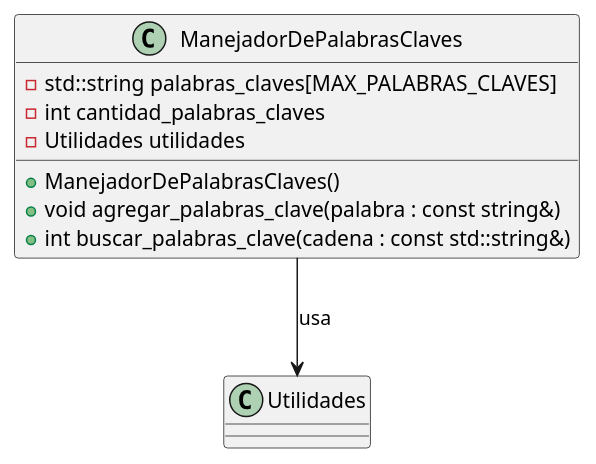
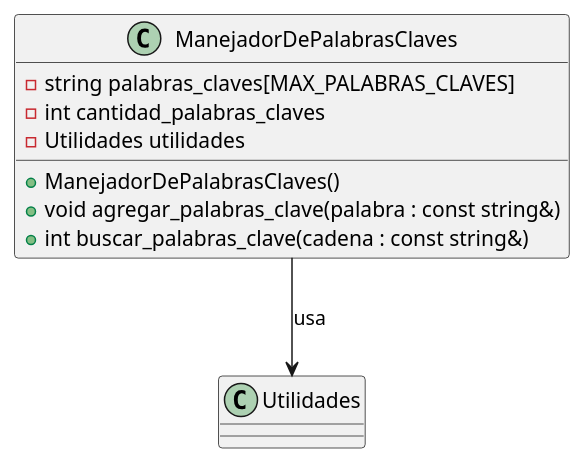
Before and after one commit to guillsil/Transformers-Game: the diagram in Diagramas-UML/ManejadorDePalabrasClaves.puml, drawn with PlantUML. The commit also changed 6 other files, not shown here.

```diff
--- a/Diagramas-UML/ManejadorDePalabrasClaves.puml
+++ b/Diagramas-UML/ManejadorDePalabrasClaves.puml
@@ -1,19 +1,19 @@
 @startuml
 'https://plantuml.com/class-diagram
 
 class Utilidades
 
 class ManejadorDePalabrasClaves {
-    - std::string palabras_claves[MAX_PALABRAS_CLAVES]
+    - string palabras_claves[MAX_PALABRAS_CLAVES]
     - int cantidad_palabras_claves
     - Utilidades utilidades
 
     + ManejadorDePalabrasClaves()
     + void agregar_palabras_clave(palabra : const string&)
-    + int buscar_palabras_clave(cadena : const std::string&)
+    + int buscar_palabras_clave(cadena : const string&)
 }
 
 ' Relaciones
 ManejadorDePalabrasClaves --> Utilidades : "usa"
 
 @enduml
```
